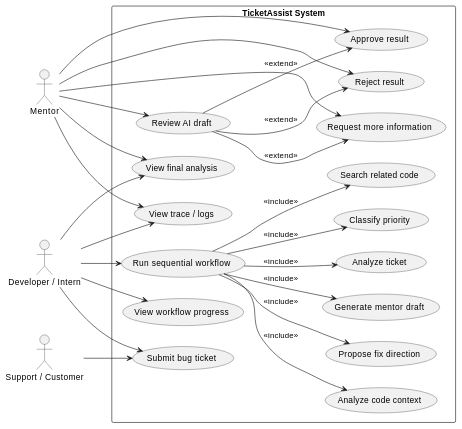
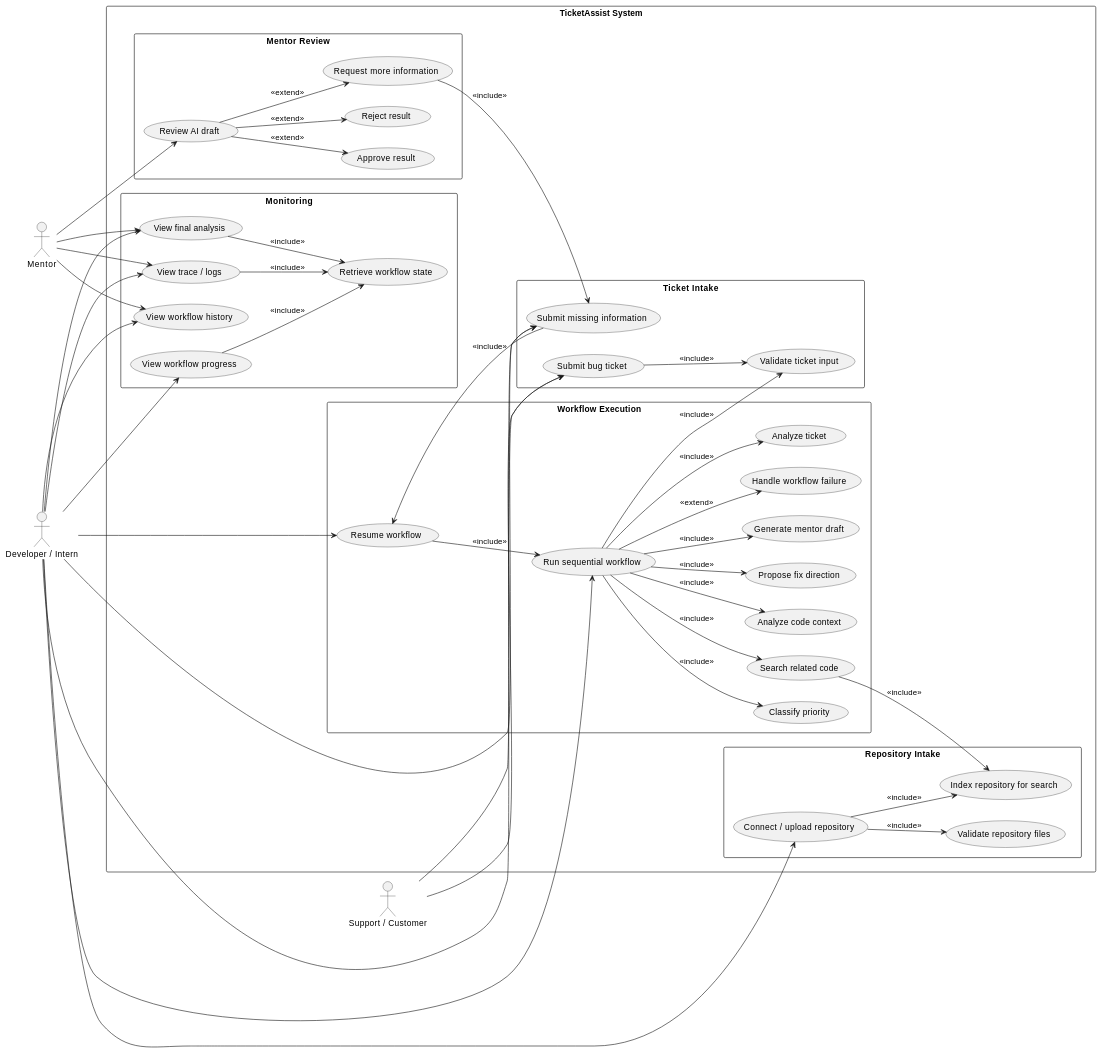
Before and after one commit to danieop/ticketassist: the diagram in docs/Usecase_Diagram.md, drawn with PlantUML. The commit also changed 1 other file, not shown here.

Commit message:
update usecases

```diff
--- a/docs/Usecase_Diagram.md
+++ b/docs/Usecase_Diagram.md
@@ -3,52 +3,92 @@
 @startuml
 left to right direction
+skinparam packageStyle rectangle
 
 actor "Support / Customer" as Support
 actor "Developer / Intern" as Dev
 actor "Mentor" as Mentor
 
 rectangle "TicketAssist System" {
-  usecase "Submit bug ticket" as UC1
-  usecase "Run sequential workflow" as UC2
-  usecase "View workflow progress" as UC3
-  usecase "View final analysis" as UC4
-  usecase "Review AI draft" as UC5
-  usecase "Approve result" as UC6
-  usecase "Reject result" as UC7
-  usecase "Request more information" as UC8
-  usecase "View trace / logs" as UC9
+  package "Ticket Intake" {
+    usecase "Submit bug ticket" as UC1
+    usecase "Validate ticket input" as UC13
+    usecase "Submit missing information" as UC17
+  }
 
-  usecase "Analyze ticket" as A1
-  usecase "Classify priority" as A2
-  usecase "Search related code" as A3
-  usecase "Analyze code context" as A4
-  usecase "Propose fix direction" as A5
-  usecase "Generate mentor draft" as A6
+  package "Repository Intake" {
+    usecase "Connect / upload repository" as UC10
+    usecase "Validate repository files" as UC11
+    usecase "Index repository for search" as UC12
+  }
+
+  package "Workflow Execution" {
+    usecase "Run sequential workflow" as UC2
+    usecase "Resume workflow" as UC18
+    usecase "Handle workflow failure" as UC14
+    usecase "Analyze ticket" as A1
+    usecase "Classify priority" as A2
+    usecase "Search related code" as A3
+    usecase "Analyze code context" as A4
+    usecase "Propose fix direction" as A5
+    usecase "Generate mentor draft" as A6
+  }
+
+  package "Monitoring" {
+    usecase "Retrieve workflow state" as UC15
+    usecase "View workflow progress" as UC3
+    usecase "View final analysis" as UC4
+    usecase "View trace / logs" as UC9
+    usecase "View workflow history" as UC16
+  }
+
+  package "Mentor Review" {
+    usecase "Review AI draft" as UC5
+    usecase "Approve result" as UC6
+    usecase "Reject result" as UC7
+    usecase "Request more information" as UC8
+  }
 }
 
 Support --> UC1
+Support --> UC17
 
 Dev --> UC1
 Dev --> UC2
 Dev --> UC3
 Dev --> UC4
 Dev --> UC9
+Dev --> UC10
+Dev --> UC16
+Dev --> UC17
+Dev --> UC18
 
 Mentor --> UC4
 Mentor --> UC5
-Mentor --> UC6
-Mentor --> UC7
-Mentor --> UC8
 Mentor --> UC9
+Mentor --> UC16
 
+UC1 --> UC13 : <<include>>
 UC2 --> A1 : <<include>>
 UC2 --> A2 : <<include>>
 UC2 --> A3 : <<include>>
 UC2 --> A4 : <<include>>
 UC2 --> A5 : <<include>>
 UC2 --> A6 : <<include>>
+UC2 --> UC13 : <<include>>
+UC2 --> UC14 : <<extend>>
+
+UC3 --> UC15 : <<include>>
+UC4 --> UC15 : <<include>>
+UC9 --> UC15 : <<include>>
+
+UC10 --> UC11 : <<include>>
+UC10 --> UC12 : <<include>>
+A3 --> UC12 : <<include>>
 
 UC5 --> UC6 : <<extend>>
 UC5 --> UC7 : <<extend>>
 UC5 --> UC8 : <<extend>>
+UC8 --> UC17 : <<include>>
+UC17 --> UC18 : <<include>>
+UC18 --> UC2 : <<include>>
 @enduml
```
